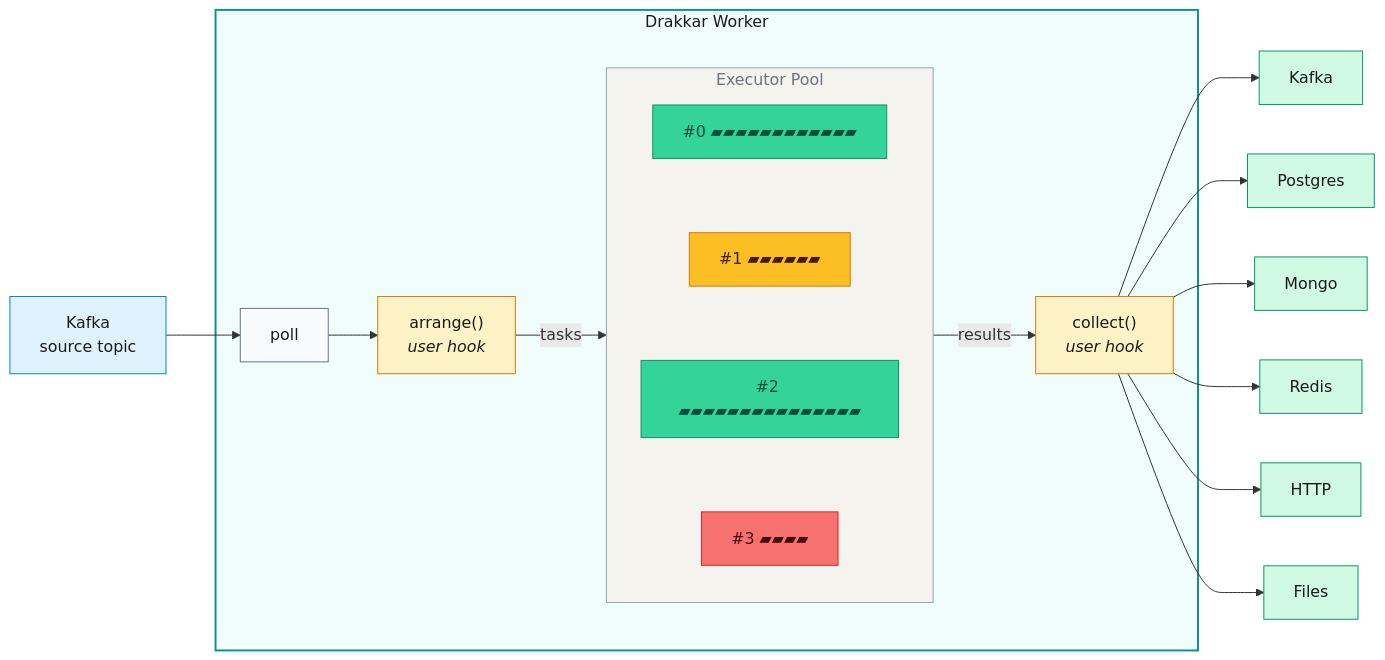
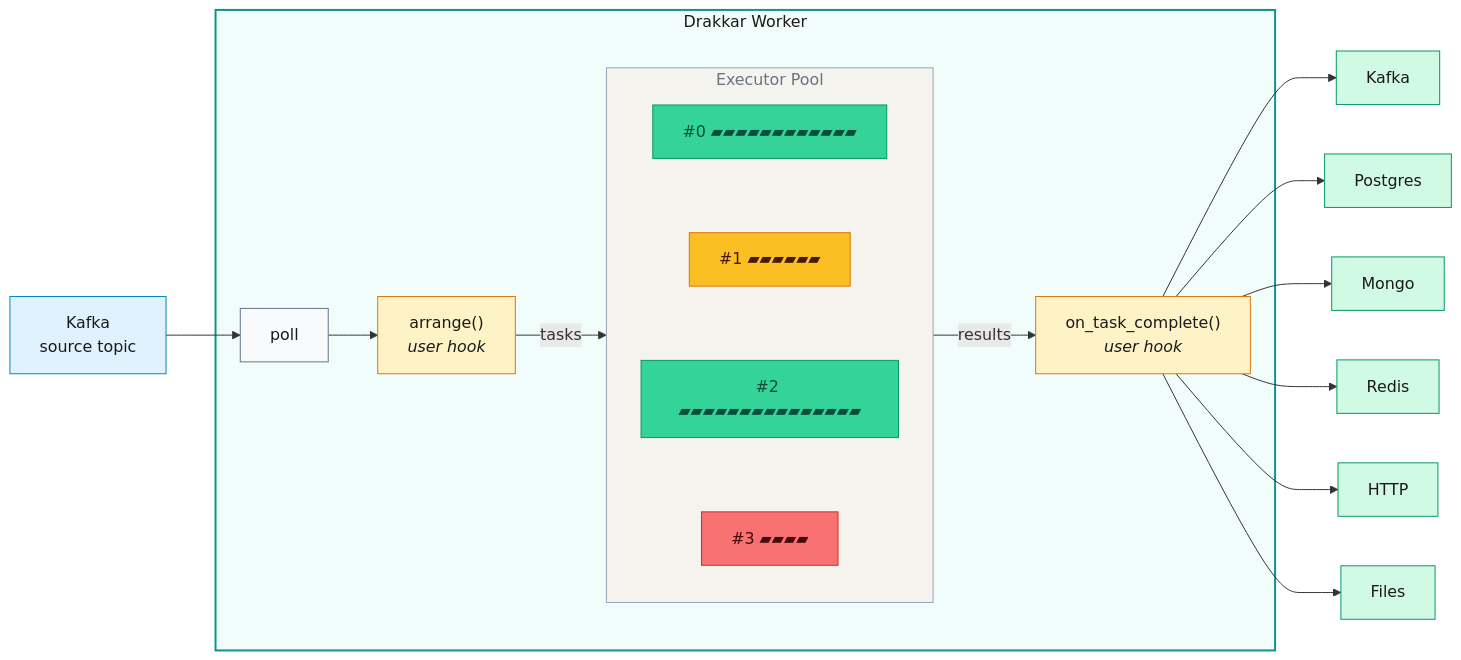
The first of 2 diagrams in docs/index.md (wlame/drakkar), drawn with Mermaid before and after one commit. The commit also changed other lines of this file and 38 other files, not shown here.

````diff
--- a/docs/index.md
+++ b/docs/index.md
@@ -10,42 +10,42 @@
 ```mermaid
 flowchart LR
     K["Kafka\nsource topic"] --> P["poll"]
 
     subgraph worker ["Drakkar Worker"]
         P --> A["arrange()\n<i>user hook</i>"]
         subgraph pool ["Executor Pool"]
             direction TB
             S0["#0 ▰▰▰▰▰▰▰▰▰▰▰▰"]
             S1["#1 ▰▰▰▰▰▰"]
             S2["#2 ▰▰▰▰▰▰▰▰▰▰▰▰▰▰▰"]
             S3["#3 ▰▰▰▰"]
             S0 ~~~ S1 ~~~ S2 ~~~ S3
         end
         A -- "tasks" --> pool
-        pool -- "results" --> C["collect()\n<i>user hook</i>"]
+        pool -- "results" --> C["on_task_complete()\n<i>user hook</i>"]
     end
 
     C --> SK["Kafka"]
     C --> SP["Postgres"]
     C --> SM["Mongo"]
     C --> SR["Redis"]
     C --> SH["HTTP"]
     C --> SF["Files"]
 
     style worker fill:#f0fdfa,stroke:#0d9488,stroke-width:2px,color:#1a1a1a
     style pool fill:#f5f3ee,stroke:#94a3b8,stroke-width:1px,color:#6b7280
     style P fill:#f8fafc,stroke:#64748b,color:#1a1a1a
     style K fill:#e0f2fe,stroke:#0284c7,color:#1a1a1a
     style A fill:#fef3c7,stroke:#d97706,color:#1a1a1a
     style C fill:#fef3c7,stroke:#d97706,color:#1a1a1a
     style S0 fill:#34d399,stroke:#059669,color:#064e3b
     style S1 fill:#fbbf24,stroke:#d97706,color:#451a03
     style S2 fill:#34d399,stroke:#059669,color:#064e3b
     style S3 fill:#f87171,stroke:#dc2626,color:#450a0a
     style SK fill:#d1fae5,stroke:#059669,color:#1a1a1a
     style SP fill:#d1fae5,stroke:#059669,color:#1a1a1a
     style SM fill:#d1fae5,stroke:#059669,color:#1a1a1a
     style SR fill:#d1fae5,stroke:#059669,color:#1a1a1a
     style SH fill:#d1fae5,stroke:#059669,color:#1a1a1a
     style SF fill:#d1fae5,stroke:#059669,color:#1a1a1a
 ```
````
